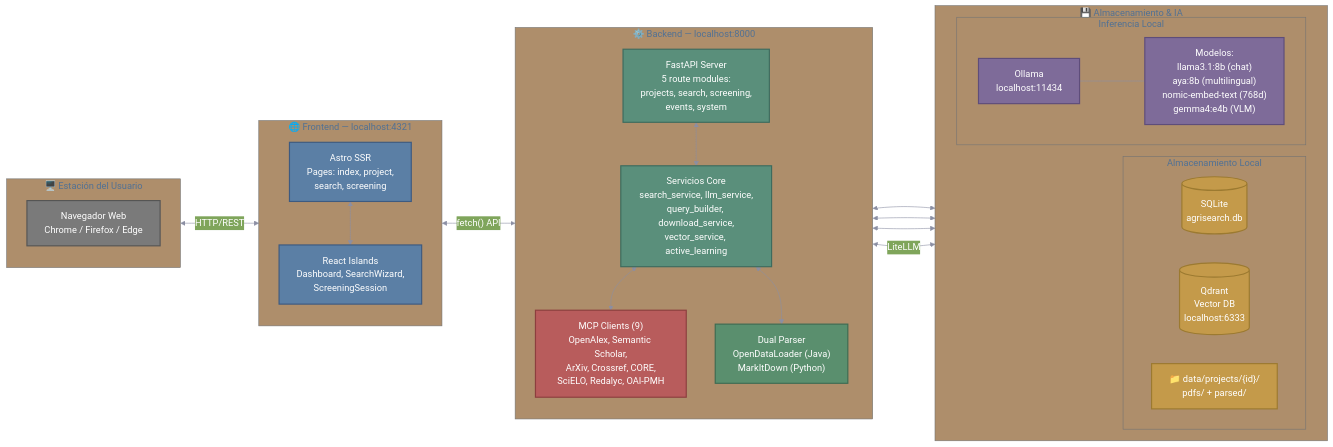
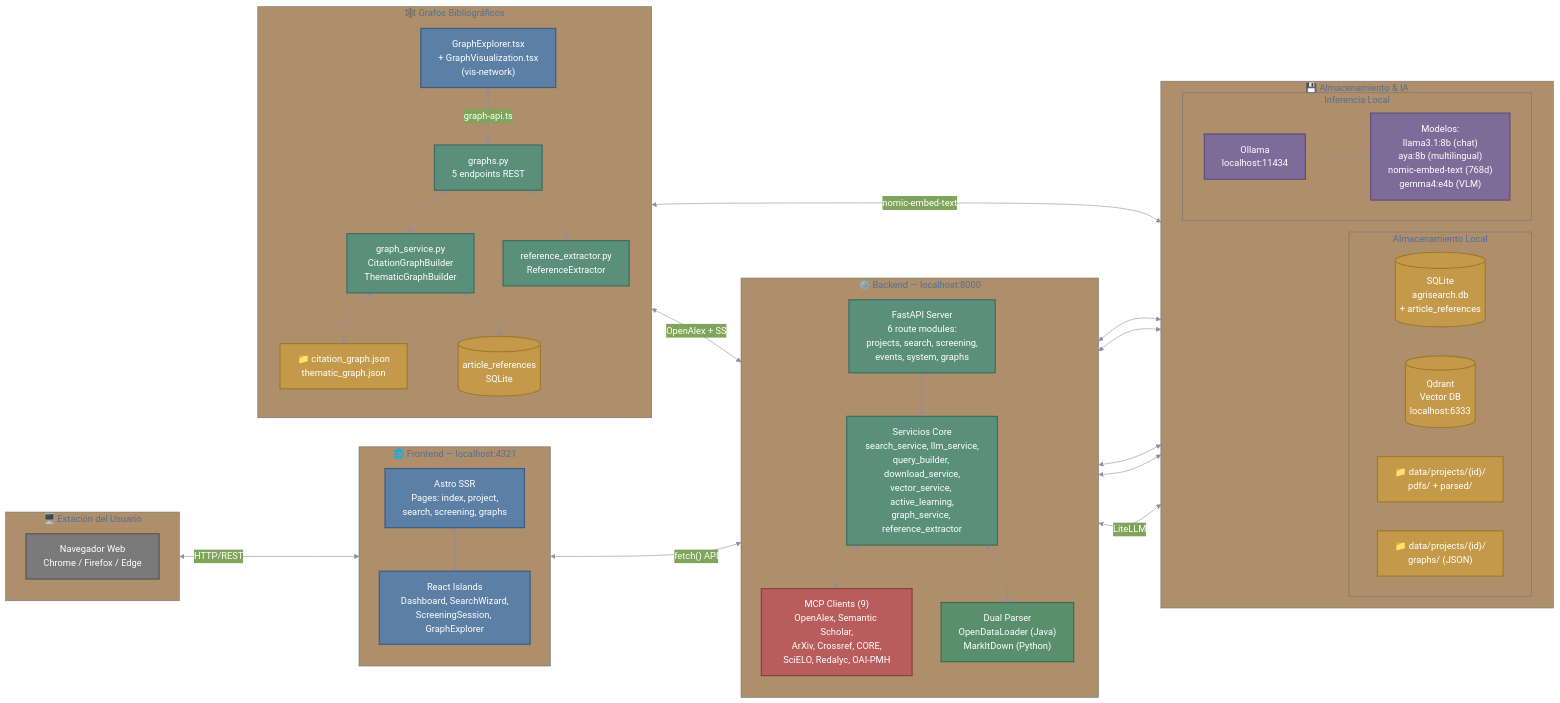
Before and after one commit to AlexPrietoRomani/AgriSearch: diagram 12 of 15 in docs/architecture/arquitectura.md, drawn with Mermaid. The commit also changed other lines of this file, not shown here.

First line of the commit message:
docs(architecture): añade sección de grafos bibliográficos a arquitectura

````diff
--- a/docs/architecture/arquitectura.md
+++ b/docs/architecture/arquitectura.md
@@ -910,61 +1020,81 @@
 ```mermaid
 %%{init: {'theme': 'base', 'themeVariables': {'primaryColor': '#5b7fa5', 'primaryTextColor': '#fff', 'lineColor': '#8b8fa3', 'textColor': '#2d3142'}}}%%
 graph LR
     classDef frontend fill:#5b7fa5,stroke:#3d5a80,color:#ffffff,stroke-width:2px
     classDef backend fill:#5a8f7b,stroke:#3d6b5e,color:#ffffff,stroke-width:2px
     classDef llm fill:#7e6b99,stroke:#5e4d7a,color:#ffffff,stroke-width:2px
     classDef database fill:#c49a4a,stroke:#9c7a30,color:#ffffff,stroke-width:2px
     classDef external fill:#b85c5c,stroke:#8c3e3e,color:#ffffff,stroke-width:2px
     classDef user fill:#7a7a7a,stroke:#555555,color:#ffffff,stroke-width:2px
     classDef success fill:#5a9e6f,stroke:#3d7a4f,color:#ffffff,stroke-width:2px
     classDef warning fill:#c9a94e,stroke:#9c8230,color:#ffffff,stroke-width:2px
     classDef error fill:#b85c5c,stroke:#8c3e3e,color:#ffffff,stroke-width:2px
     classDef parser_odl fill:#4a7ab5,stroke:#345a8a,color:#ffffff,stroke-width:2px
     classDef parser_mit fill:#7b6199,stroke:#5c4577,color:#ffffff,stroke-width:2px
     classDef common fill:#5a8f6e,stroke:#3d6b52,color:#ffffff,stroke-width:2px
 
     subgraph Usuario ["🖥️ Estación del Usuario"]
         direction TB
         Browser["Navegador Web<br/>Chrome / Firefox / Edge"]:::user
     end
 
     subgraph FrontendLayer ["🌐 Frontend — localhost:4321"]
         direction TB
-        Astro["Astro SSR<br/>Pages: index, project,<br/>search, screening"]:::frontend
-        React["React Islands<br/>Dashboard, SearchWizard,<br/>ScreeningSession"]:::frontend
+        Astro["Astro SSR<br/>Pages: index, project,<br/>search, screening, graphs"]:::frontend
+        React["React Islands<br/>Dashboard, SearchWizard,<br/>ScreeningSession, GraphExplorer"]:::frontend
     end
 
     subgraph BackendLayer ["⚙️ Backend — localhost:8000"]
         direction TB
-        FastAPI["FastAPI Server<br/>5 route modules:<br/>projects, search, screening,<br/>events, system"]:::backend
-        Services["Servicios Core<br/>search_service, llm_service,<br/>query_builder, download_service,<br/>vector_service, active_learning"]:::backend
+        FastAPI["FastAPI Server<br/>6 route modules:<br/>projects, search, screening,<br/>events, system, graphs"]:::backend
+        Services["Servicios Core<br/>search_service, llm_service,<br/>query_builder, download_service,<br/>vector_service, active_learning,<br/>graph_service, reference_extractor"]:::backend
         MCPClients["MCP Clients (9)<br/>OpenAlex, Semantic Scholar,<br/>ArXiv, Crossref, CORE,<br/>SciELO, Redalyc, OAI-PMH"]:::external
         Parsers["Dual Parser<br/>OpenDataLoader (Java)<br/>MarkItDown (Python)"]:::common
     end
 
     subgraph Infrastructure ["💾 Almacenamiento & IA"]
         direction LR
         subgraph DataLayer ["Almacenamiento Local"]
-            SQLite[("SQLite<br/>agrisearch.db")]:::database
+            SQLite[("SQLite<br/>agrisearch.db<br/>+ article_references")]:::database
             Qdrant[("Qdrant<br/>Vector DB<br/>localhost:6333")]:::database
             PDFs["📁 data/projects/{id}/<br/>pdfs/ + parsed/"]:::database
+            Graphs["📁 data/projects/{id}/<br/>graphs/ (JSON)"]:::database
         end
 
         subgraph LLLayer ["Inferencia Local"]
             Ollama["Ollama<br/>localhost:11434"]:::llm
             Models["Modelos:<br/>llama3.1:8b (chat)<br/>aya:8b (multilingual)<br/>nomic-embed-text (768d)<br/>gemma4:e4b (VLM)"]:::llm
         end
     end
 
     Browser <-->|"HTTP/REST"| Astro
     Astro <--> React
     React <-->|"fetch() API"| FastAPI
     FastAPI <--> Services
     Services <--> MCPClients
     Services <--> Parsers
     Services <--> SQLite
     Services <--> Qdrant
     Services <--> PDFs
+    Services <--> Graphs
     Services <-->|"LiteLLM"| Ollama
     Ollama --- Models
+
+    subgraph GraphLayer ["🕸️ Grafos Bibliográficos"]
+        direction TB
+        GraphExplorer["GraphExplorer.tsx<br/>+ GraphVisualization.tsx<br/>(vis-network)"]:::frontend
+        GraphAPI["graphs.py<br/>5 endpoints REST"]:::backend
+        GraphSvc["graph_service.py<br/>CitationGraphBuilder<br/>ThematicGraphBuilder"]:::backend
+        RefExt["reference_extractor.py<br/>ReferenceExtractor"]:::backend
+        GraphJSON["📁 citation_graph.json<br/>thematic_graph.json"]:::database
+        ArtRef[("article_references<br/>SQLite")]:::database
+    end
+
+    GraphExplorer <-->|"graph-api.ts"| GraphAPI
+    GraphAPI <--> GraphSvc
+    GraphAPI <--> RefExt
+    GraphSvc <--> GraphJSON
+    GraphSvc <--> ArtRef
+    RefExt <-->|"OpenAlex + SS"| MCPClients
+    GraphSvc <-->|"nomic-embed-text"| Ollama
 ```
````
